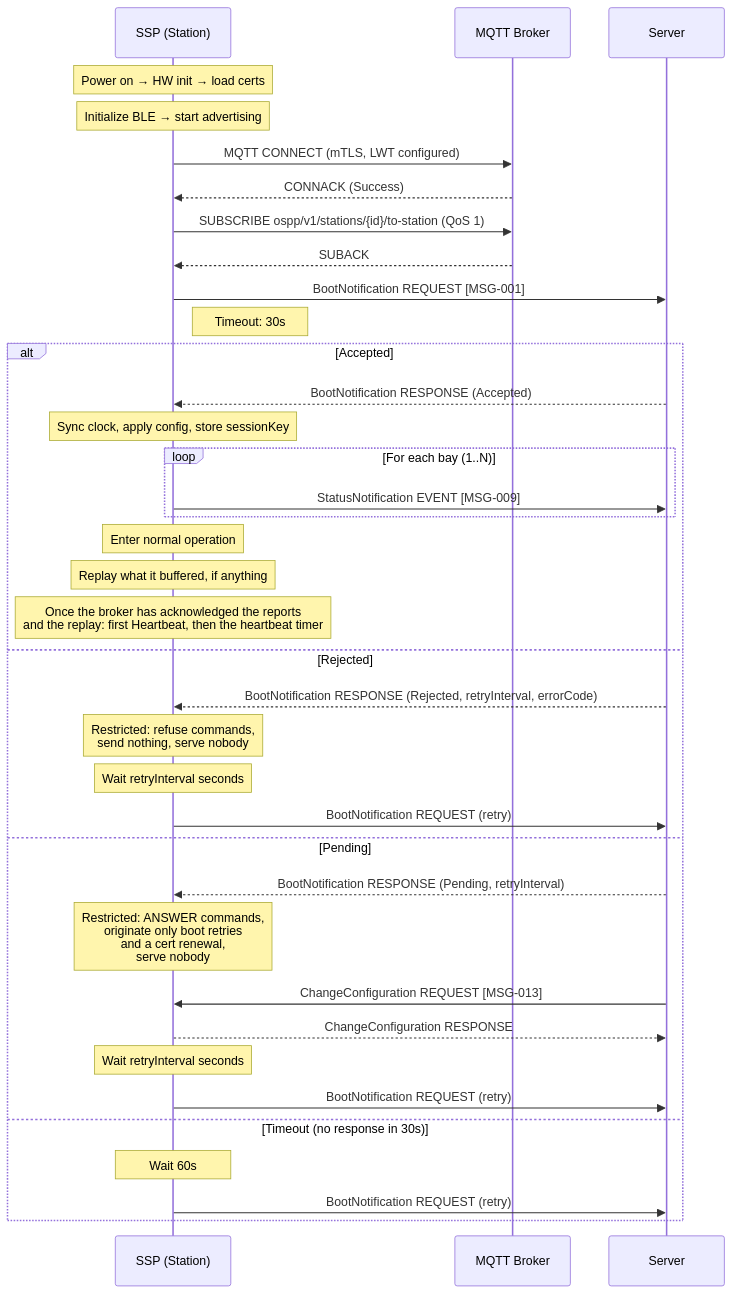
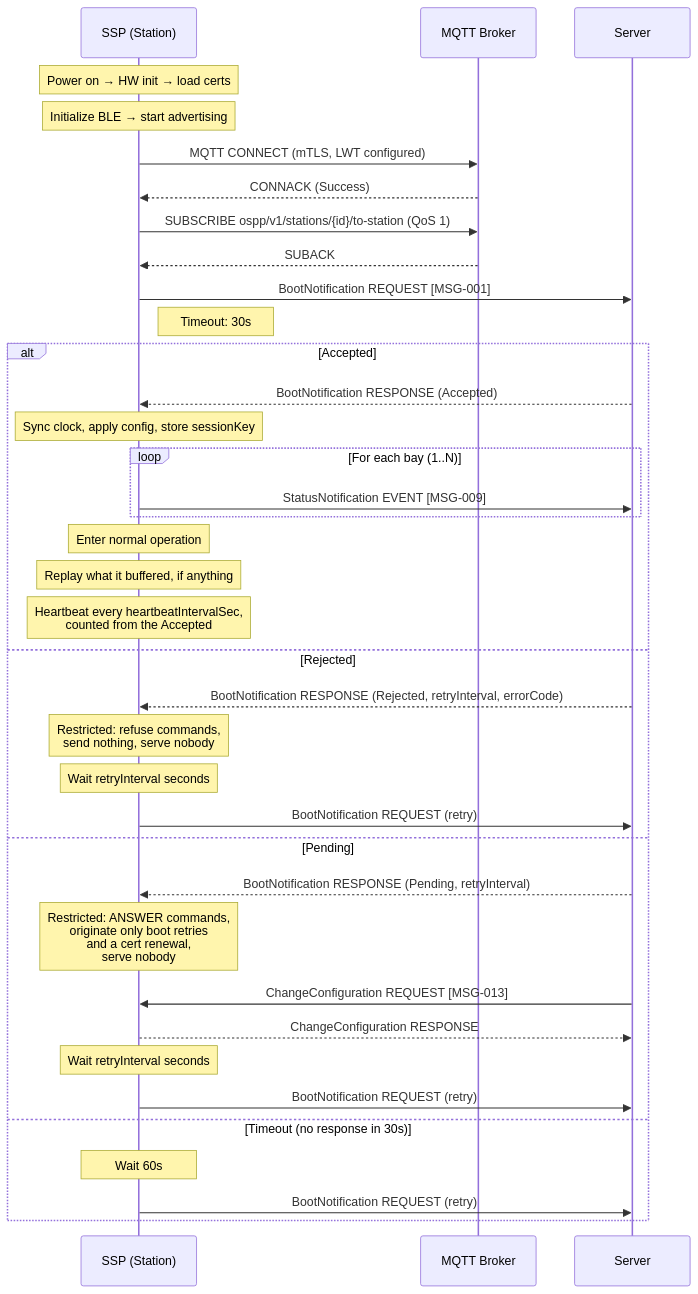
The first of 19 diagrams in spec/04-flows.md (ospp-org/spec), drawn with Mermaid before and after one commit. The commit also changed other lines of this file and 21 other files, not shown here.

````diff
--- a/spec/04-flows.md
+++ b/spec/04-flows.md
@@ -102,48 +102,48 @@
 ```mermaid
 sequenceDiagram
     participant SSP as SSP (Station)
     participant Broker as MQTT Broker
     participant Server
 
     Note over SSP: Power on → HW init → load certs
     Note over SSP: Initialize BLE → start advertising
 
     SSP->>Broker: MQTT CONNECT (mTLS, LWT configured)
     Broker-->>SSP: CONNACK (Success)
     SSP->>Broker: SUBSCRIBE ospp/v1/stations/{id}/to-station (QoS 1)
     Broker-->>SSP: SUBACK
 
     SSP->>Server: BootNotification REQUEST [MSG-001]
     Note right of SSP: Timeout: 30s
 
     alt Accepted
         Server-->>SSP: BootNotification RESPONSE (Accepted)
         Note over SSP: Sync clock, apply config, store sessionKey
 
         loop For each bay (1..N)
             SSP->>Server: StatusNotification EVENT [MSG-009]
         end
 
         Note over SSP: Enter normal operation
         Note over SSP: Replay what it buffered, if anything
-        Note over SSP: Once the broker has acknowledged the reports<br/>and the replay: first Heartbeat, then the heartbeat timer
+        Note over SSP: Heartbeat every heartbeatIntervalSec,<br/>counted from the Accepted
 
     else Rejected
         Server-->>SSP: BootNotification RESPONSE (Rejected, retryInterval, errorCode)
         Note over SSP: Restricted: refuse commands,<br/>send nothing, serve nobody
         Note over SSP: Wait retryInterval seconds
         SSP->>Server: BootNotification REQUEST (retry)
 
     else Pending
         Server-->>SSP: BootNotification RESPONSE (Pending, retryInterval)
         Note over SSP: Restricted: ANSWER commands,<br/>originate only boot retries<br/>and a cert renewal,<br/>serve nobody
         Server->>SSP: ChangeConfiguration REQUEST [MSG-013]
         SSP-->>Server: ChangeConfiguration RESPONSE
         Note over SSP: Wait retryInterval seconds
         SSP->>Server: BootNotification REQUEST (retry)
 
     else Timeout (no response in 30s)
         Note over SSP: Wait 60s
         SSP->>Server: BootNotification REQUEST (retry)
     end
 ```
````
